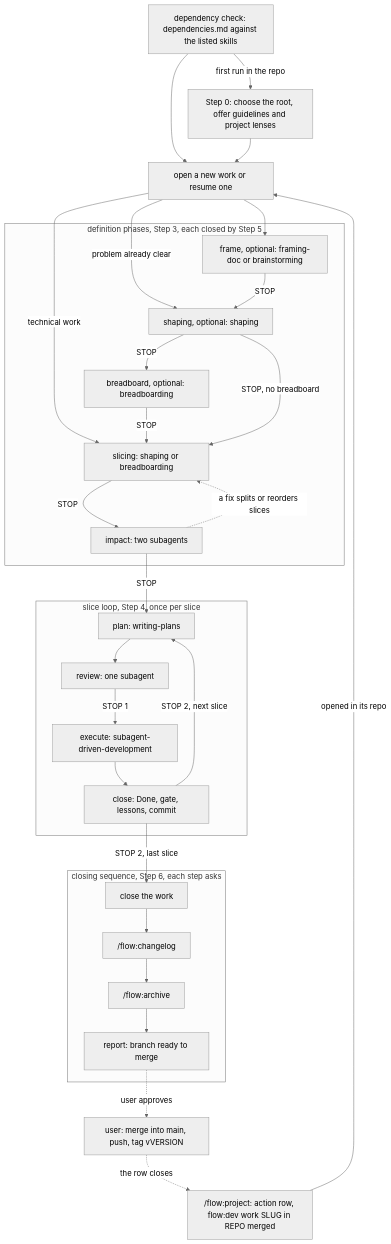
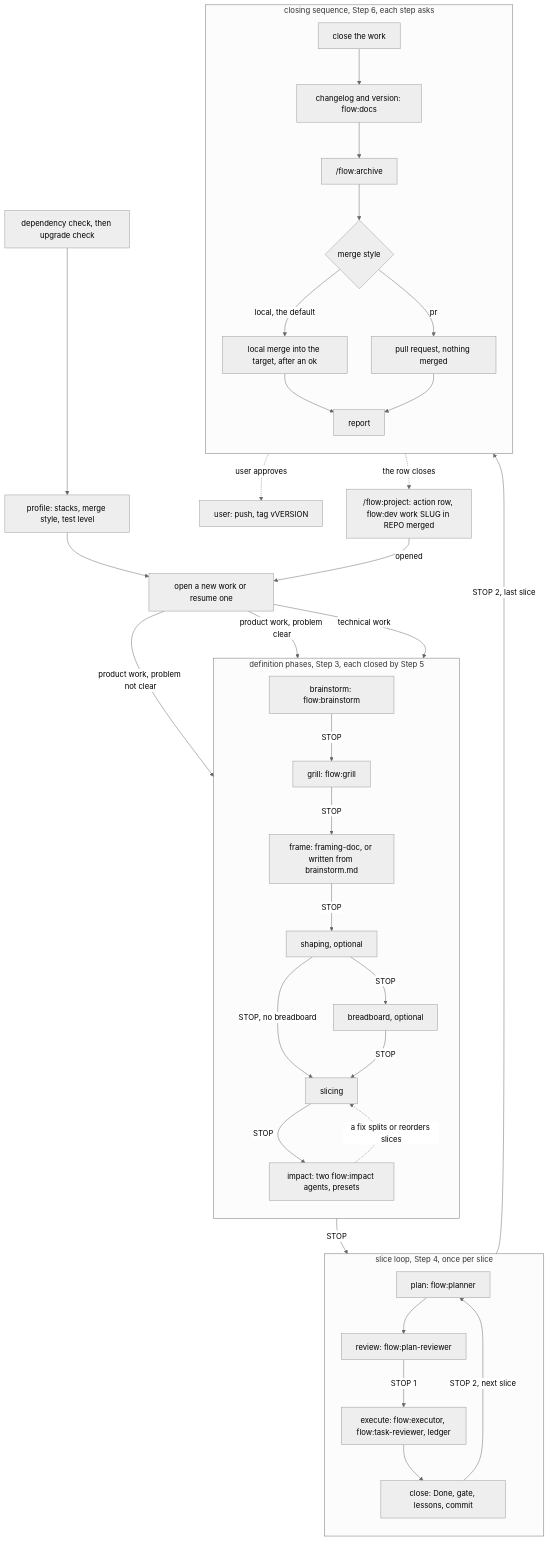
Before and after one commit to spleenteo/devflow: the second of 4 diagrams in docs/architecture.md, drawn with Mermaid (neutral theme). The commit also changed other lines of this file and 2 other files, not shown here.

Commit message:
Rewrite README and architecture for Flow's own engine

````diff
--- a/docs/architecture.md
+++ b/docs/architecture.md
@@ -61,45 +61,58 @@
 ```mermaid
 flowchart TD
-  deps["dependency check: dependencies.md against the listed skills"]
-  deps -->|"first run in the repo"| step0["Step 0: choose the root, offer guidelines and project lenses"]
-  deps --> open["open a new work or resume one"]
-  step0 --> open
+  deps["dependency check, then upgrade check"]
+  deps --> prof["profile: stacks, merge style, test level"]
+  prof --> open["open a new work or resume one"]
   subgraph define["definition phases, Step 3, each closed by Step 5"]
-    frame["frame, optional: framing-doc or brainstorming"]
-    shaping["shaping, optional: shaping"]
-    bread["breadboard, optional: breadboarding"]
-    slicing["slicing: shaping or breadboarding"]
-    impact["impact: two subagents"]
+    direction TB
+    bs["brainstorm: flow:brainstorm"]
+    gr["grill: flow:grill"]
+    frame["frame: framing-doc, or written from brainstorm.md"]
+    shaping["shaping, optional"]
+    bread["breadboard, optional"]
+    slicing["slicing"]
+    impact["impact: two flow:impact agents, presets"]
   end
-  open --> frame
+  open -->|"product work, problem not clear"| bs
+  open -->|"product work, problem clear"| shaping
   open -->|"technical work"| slicing
-  open -->|"problem already clear"| shaping
+  bs -->|"STOP"| gr
+  gr -->|"STOP"| frame
   frame -->|"STOP"| shaping
   shaping -->|"STOP"| bread
+  shaping -->|"STOP, no breadboard"| slicing
   bread -->|"STOP"| slicing
-  shaping -->|"STOP, no breadboard"| slicing
   slicing -->|"STOP"| impact
   impact -.->|"a fix splits or reorders slices"| slicing
   subgraph loop["slice loop, Step 4, once per slice"]
-    plan["plan: writing-plans"]
-    review["review: one subagent"]
-    exec["execute: subagent-driven-development"]
+    direction TB
+    plan["plan: flow:planner"]
+    review["review: flow:plan-reviewer"]
+    exec["execute: flow:executor, flow:task-reviewer, ledger"]
     close["close: Done, gate, lessons, commit"]
   end
   impact -->|"STOP"| plan
   plan --> review
   review -->|"STOP 1"| exec
   exec --> close
   close -->|"STOP 2, next slice"| plan
   subgraph exit["closing sequence, Step 6, each step asks"]
+    direction TB
     cw["close the work"]
-    cl["/flow:changelog"]
+    cl["changelog and version: flow:docs"]
     ar["/flow:archive"]
-    rep["report: branch ready to merge"]
+    mg{"merge style"}
+    loc["local merge into the target, after an ok"]
+    pr["pull request, nothing merged"]
+    rep["report"]
   end
   close -->|"STOP 2, last slice"| cw
-  cw --> cl --> ar --> rep
-  rep -.->|"user approves"| merge["user: merge into main, push, tag vVERSION"]
-  projrow["/flow:project: action row, flow:dev work SLUG in REPO merged"] -->|"opened in its repo"| open
-  merge -.->|"the row closes"| projrow
+  cw --> cl --> ar --> mg
+  mg -->|"local, the default"| loc
+  mg -->|"pr"| pr
+  loc --> rep
+  pr --> rep
+  rep -.->|"user approves"| push["user: push, tag vVERSION"]
+  projrow["/flow:project: action row, flow:dev work SLUG in REPO merged"] -->|"opened"| open
+  rep -.->|"the row closes"| projrow
 ```
````
